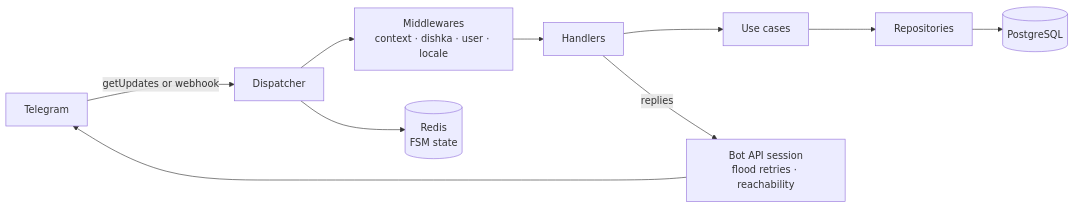
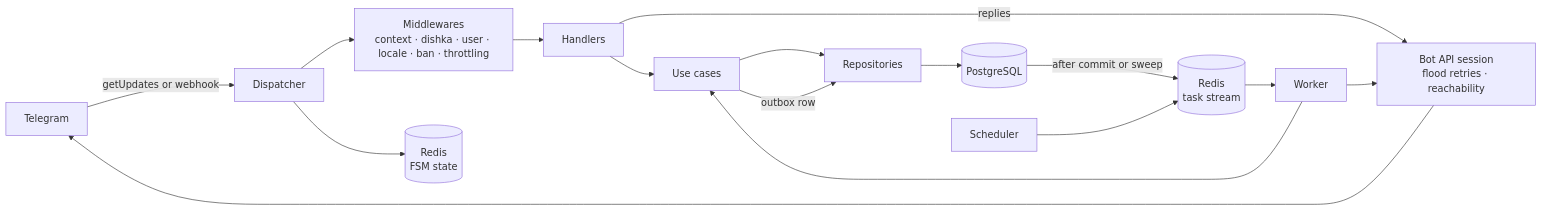
The diagram in README.md (darkweid/telegram-bot-template), drawn with Mermaid before and after one commit. The commit also changed other lines of this file and 248 other files, not shown here.

````diff
--- a/README.md
+++ b/README.md
@@ -43,12 +62,18 @@
 ```mermaid
 flowchart LR
     TG[Telegram] -->|getUpdates or webhook| DP[Dispatcher]
-    DP --> MW["Middlewares<br/>context · dishka · user · locale"]
+    DP --> MW["Middlewares<br/>context · dishka · user · locale · ban · throttling"]
     MW --> H[Handlers]
     H --> UC[Use cases]
     UC --> R[Repositories]
     R --> PG[("PostgreSQL")]
     DP --> FSM[("Redis<br/>FSM state")]
     H -->|replies| S["Bot API session<br/>flood retries · reachability"]
     S --> TG
+    UC -->|outbox row| R
+    PG -->|after commit or sweep| Q[("Redis<br/>task stream")]
+    SC[Scheduler] --> Q
+    Q --> W[Worker]
+    W --> UC
+    W --> S
 ```
````
